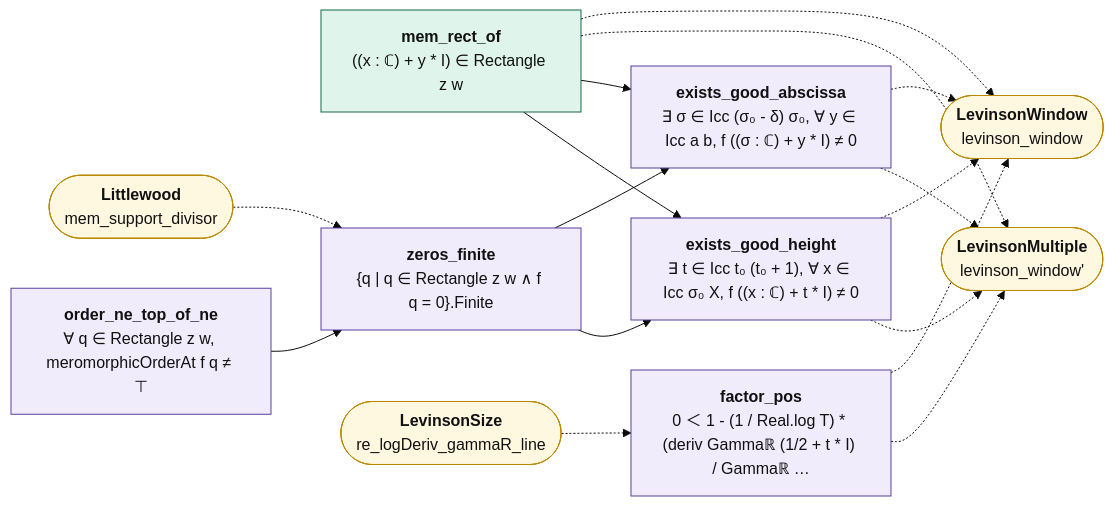
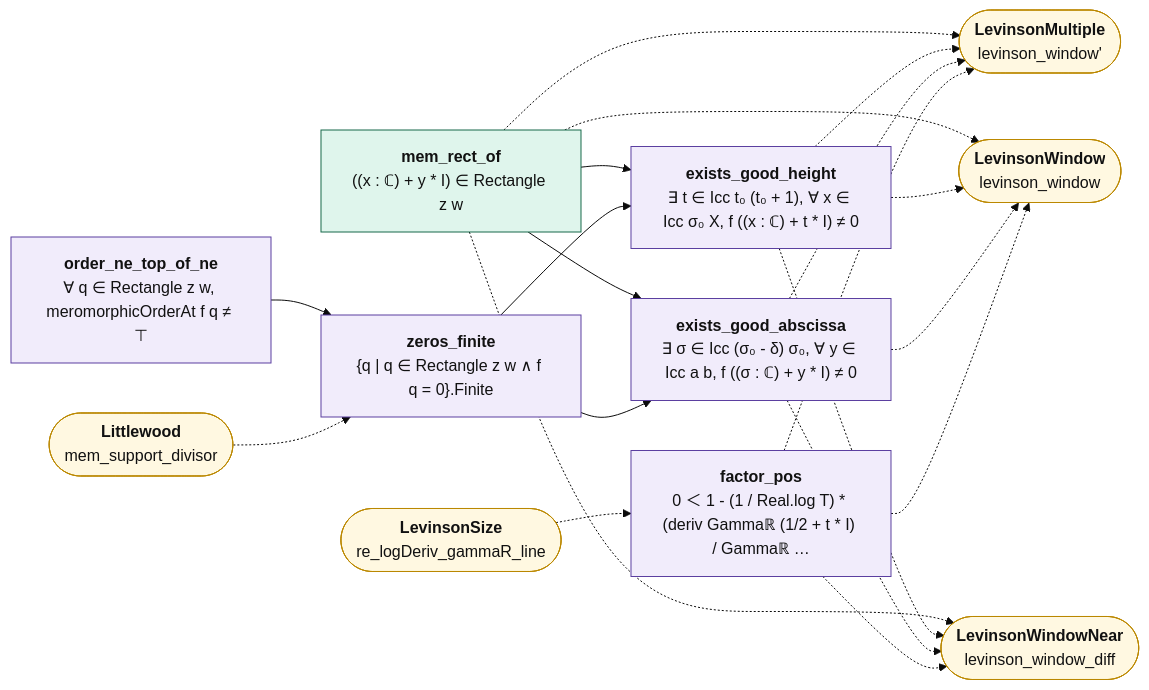
Before and after one commit to juliansambranojr/Primebeat_081426: the diagram in map/lean_stage3/LevinsonAvoid.md, drawn with Mermaid (base theme). The commit also changed other lines of this file and 40 other files, not shown here.

````diff
--- a/map/lean_stage3/LevinsonAvoid.md
+++ b/map/lean_stage3/LevinsonAvoid.md
@@ -14,36 +14,41 @@
 ```mermaid
 flowchart LR
   n0["<b>mem_rect_of</b><br/>((x : ℂ) + y * I) ∈ Rectangle z w"]:::cnt
   n1["<b>order_ne_top_of_ne</b><br/>∀ q ∈ Rectangle z w, meromorphicOrderAt f q ≠ ⊤"]:::shp
   n2["<b>zeros_finite</b><br/>{q | q ∈ Rectangle z w ∧ f q = 0}.Finite"]:::shp
   n3["<b>exists_good_height</b><br/>∃ t ∈ Icc t₀ (t₀ + 1), ∀ x ∈ Icc σ₀ X, f ((x : ℂ) + t * I) ≠ 0"]:::shp
   n4["<b>exists_good_abscissa</b><br/>∃ σ ∈ Icc (σ₀ - δ) σ₀, ∀ y ∈ Icc a b, f ((σ : ℂ) + y * I) ≠ 0"]:::shp
   n5["<b>factor_pos</b><br/>0 ＜ 1 - (1 / Real.log T) * (deriv Gammaℝ (1/2 + t * I) / Gammaℝ …"]:::shp
   x0(["<b>LevinsonMultiple</b><br/>levinson_window'"]):::ext
   x1(["<b>LevinsonWindow</b><br/>levinson_window"]):::ext
-  x2(["<b>Littlewood</b><br/>mem_support_divisor"]):::ext
-  x3(["<b>LevinsonSize</b><br/>re_logDeriv_gammaR_line"]):::ext
+  x2(["<b>LevinsonWindowNear</b><br/>levinson_window_diff"]):::ext
+  x3(["<b>Littlewood</b><br/>mem_support_divisor"]):::ext
+  x4(["<b>LevinsonSize</b><br/>re_logDeriv_gammaR_line"]):::ext
   n0 --> n3
   n0 --> n4
   n1 --> n2
   n2 --> n3
   n2 --> n4
   n0 -.-> x0
   n0 -.-> x1
+  n0 -.-> x2
   n3 -.-> x0
   n3 -.-> x1
+  n3 -.-> x2
   n4 -.-> x0
   n4 -.-> x1
+  n4 -.-> x2
   n5 -.-> x0
   n5 -.-> x1
-  x2 -.-> n2
-  x3 -.-> n5
+  n5 -.-> x2
+  x3 -.-> n2
+  x4 -.-> n5
   classDef cnt fill:#dff5ec,stroke:#17694a,color:#111
   classDef shp fill:#f1ecfb,stroke:#5b3fa0,color:#111
   classDef rh fill:#ffe5e5,stroke:#c22,color:#111,stroke-width:2px
   classDef thm fill:#eef4ff,stroke:#335,color:#111
   classDef end_ fill:#e7f7e7,stroke:#2a7,color:#111,stroke-width:2px
   classDef lone fill:#fff,stroke:#999,color:#111,stroke-dasharray:4 3
   classDef bad fill:#ffe5e5,stroke:#c22,color:#111,stroke-width:2px
   classDef ext fill:#fff8e1,stroke:#b80,color:#111
 ```
````
